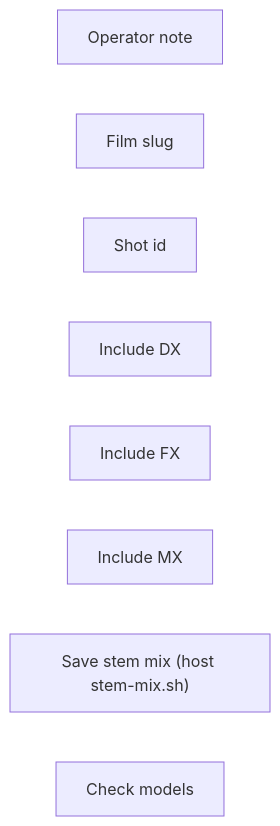
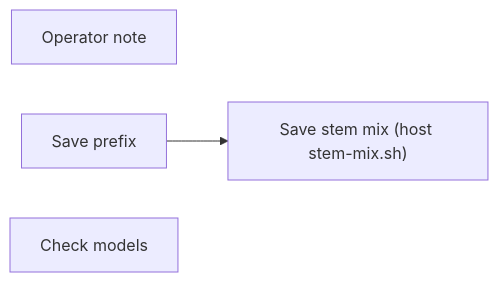
One commit to toxicoder/ez-comfy-stack changed the diagram in docs/generated/workflows/audio/stem-mix.md. Above: the diagram before and after it, drawn with Mermaid. The commit also changed other lines of this file and 881 other files, not shown here.

````diff
--- a/docs/generated/workflows/audio/stem-mix.md
+++ b/docs/generated/workflows/audio/stem-mix.md
@@ -62,11 +72,8 @@
 ```mermaid
 flowchart LR
   N1["Operator note"]
-  N2["Film slug"]
-  N3["Shot id"]
-  N4["Include DX"]
-  N5["Include FX"]
-  N6["Include MX"]
-  N7["Save stem mix (host stem-mix.sh)"]
-  N9["Check models"]
+  N2["Save prefix"]
+  N3["Save stem mix (host stem-mix.sh)"]
+  N4["Check models"]
+  N2 --> N3
 ```
````
